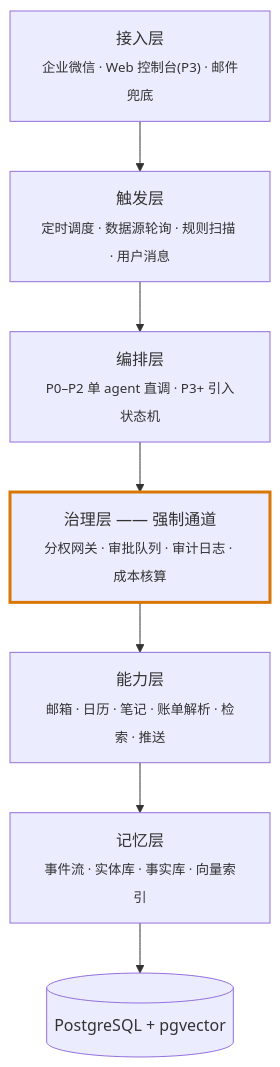
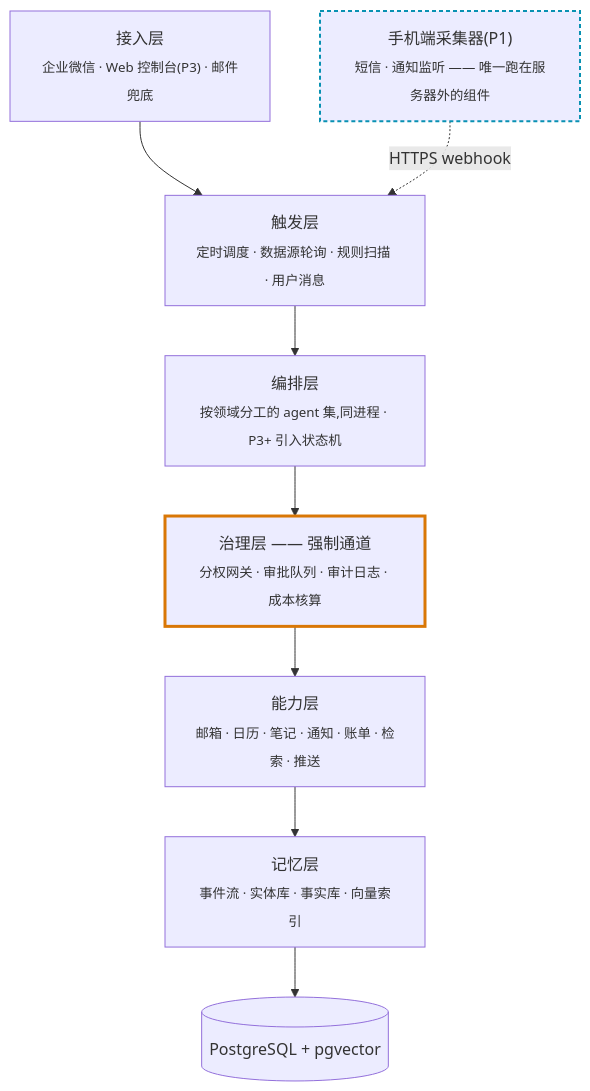
The diagram in README.md (hur26/LifeIn), drawn with Mermaid before and after one commit. The commit also changed other lines of this file and 3 other files, not shown here.

````diff
--- a/README.md
+++ b/README.md
@@ -41,14 +41,17 @@
 ```mermaid
 flowchart TB
+    M["手机端采集器(P1)<br/><sub>短信 · 通知监听 —— 唯一跑在服务器外的组件</sub>"]
     A["接入层<br/><sub>企业微信 · Web 控制台(P3) · 邮件兜底</sub>"]
     B["触发层<br/><sub>定时调度 · 数据源轮询 · 规则扫描 · 用户消息</sub>"]
-    C["编排层<br/><sub>P0–P2 单 agent 直调 · P3+ 引入状态机</sub>"]
+    C["编排层<br/><sub>按领域分工的 agent 集,同进程 · P3+ 引入状态机</sub>"]
     D["治理层 —— 强制通道<br/><sub>分权网关 · 审批队列 · 审计日志 · 成本核算</sub>"]
-    E["能力层<br/><sub>邮箱 · 日历 · 笔记 · 账单解析 · 检索 · 推送</sub>"]
+    E["能力层<br/><sub>邮箱 · 日历 · 笔记 · 通知 · 账单 · 检索 · 推送</sub>"]
     F["记忆层<br/><sub>事件流 · 实体库 · 事实库 · 向量索引</sub>"]
     G[("PostgreSQL + pgvector")]
 
     A --> B --> C --> D --> E --> F --> G
+    M -.->|HTTPS webhook| B
 
     style D stroke:#d97706,stroke-width:3px
+    style M stroke:#0891b2,stroke-width:2px,stroke-dasharray:4 3
 ```
````
